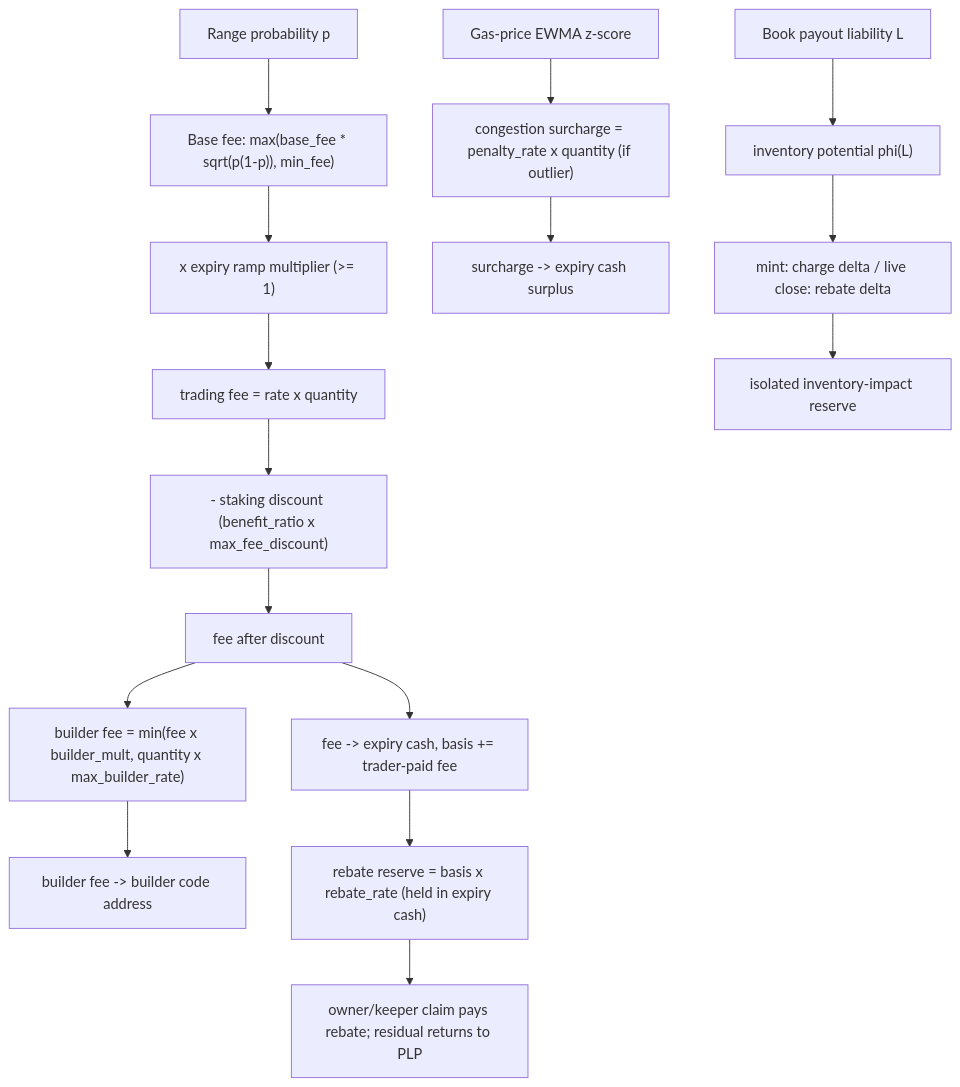
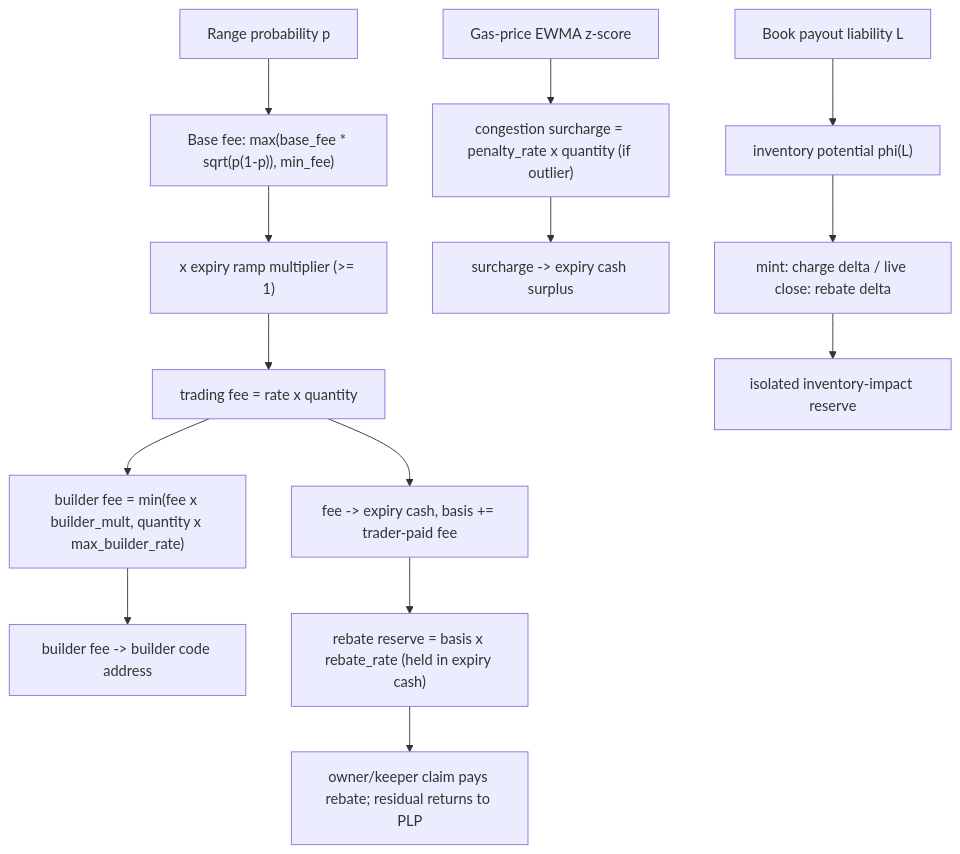
One commit to MystenLabs/deepbookv3 changed the diagram in packages/predict/docs/concepts/fees-and-rebates.md. Above: the diagram before and after it, drawn with Mermaid. The commit also changed other lines of this file and 17 other files, not shown here.

First line of the commit message:
predict: remove the DEEP stake fee discount (DBU-728) (#1243)

````diff
--- a/packages/predict/docs/concepts/fees-and-rebates.md
+++ b/packages/predict/docs/concepts/fees-and-rebates.md
@@ -215,18 +207,16 @@
 ```mermaid
 flowchart TD
     P[Range probability p] --> BF["Base fee: max(base_fee * sqrt(p(1-p)), min_fee)"]
     BF --> RAMP["x expiry ramp multiplier (>= 1)"]
     RAMP --> FEE[trading fee = rate x quantity]
-    FEE --> DISC["- staking discount (benefit_ratio x max_fee_discount)"]
-    DISC --> NETFEE[fee after discount]
-    NETFEE --> BUILD["builder fee = min(fee x builder_mult, quantity x max_builder_rate)"]
+    FEE --> BUILD["builder fee = min(fee x builder_mult, quantity x max_builder_rate)"]
     GAS[Gas-price EWMA z-score] --> CONG["congestion surcharge = penalty_rate x quantity (if outlier)"]
-    NETFEE --> COLLECT[fee -> expiry cash, basis += trader-paid fee]
+    FEE --> COLLECT[fee -> expiry cash, basis += trader-paid fee]
     BUILD --> BUILDER[builder fee -> builder code address]
     CONG --> SURPLUS[surcharge -> expiry cash surplus]
     L[Book payout liability L] --> PHI["inventory potential phi(L)"]
     PHI --> IMPACT["mint: charge delta / live close: rebate delta"]
     IMPACT --> IRESERVE[isolated inventory-impact reserve]
     COLLECT --> RESERVE["rebate reserve = basis x rebate_rate (held in expiry cash)"]
     RESERVE --> CLAIM[owner/keeper claim pays rebate; residual returns to PLP]
 ```
````
